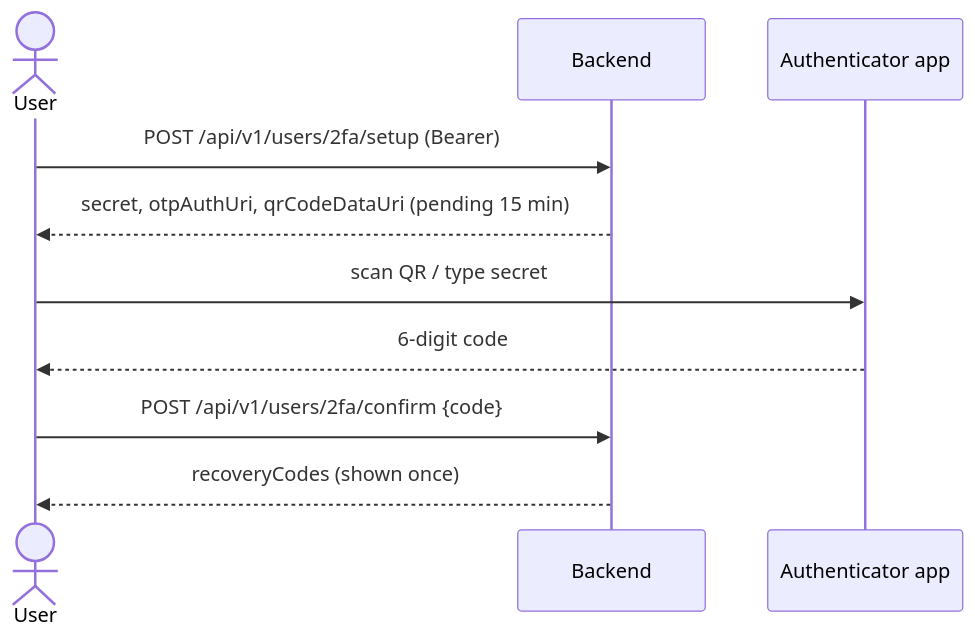
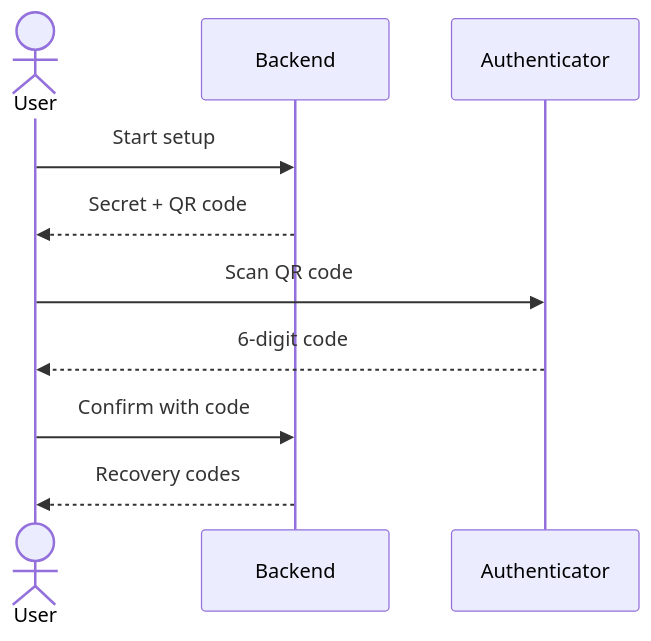
Before and after one commit to slawekradzyminski/awesome-localstack: the second of 5 diagrams in docs-site/docs/flows/accounts.md, drawn with Mermaid. The commit also changed other lines of this file and 27 other files, not shown here.

First line of the commit message:
Fix unrendered wiki diagrams and make every diagram readable

````diff
--- a/docs-site/docs/flows/accounts.md
+++ b/docs-site/docs/flows/accounts.md
@@ -60,12 +58,12 @@
 ```mermaid
 sequenceDiagram
     actor U as User
     participant B as Backend
-    participant A as Authenticator app
-    U->>B: POST /api/v1/users/2fa/setup (Bearer)
-    B-->>U: secret, otpAuthUri, qrCodeDataUri (pending 15 min)
-    U->>A: scan QR / type secret
+    participant A as Authenticator
+    U->>B: Start setup
+    B-->>U: Secret + QR code
+    U->>A: Scan QR code
     A-->>U: 6-digit code
-    U->>B: POST /api/v1/users/2fa/confirm {code}
-    B-->>U: recoveryCodes (shown once)
+    U->>B: Confirm with code
+    B-->>U: Recovery codes
 ```
````
